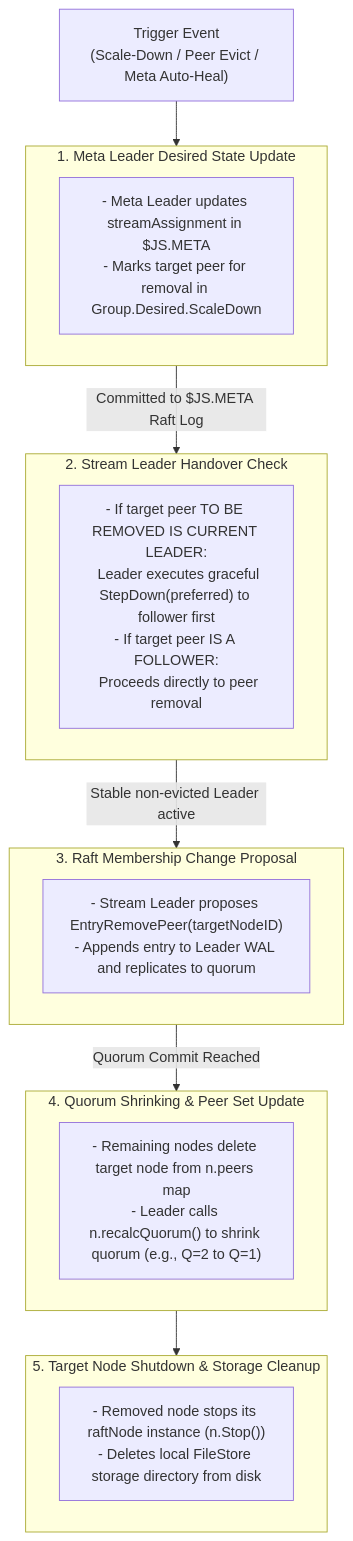
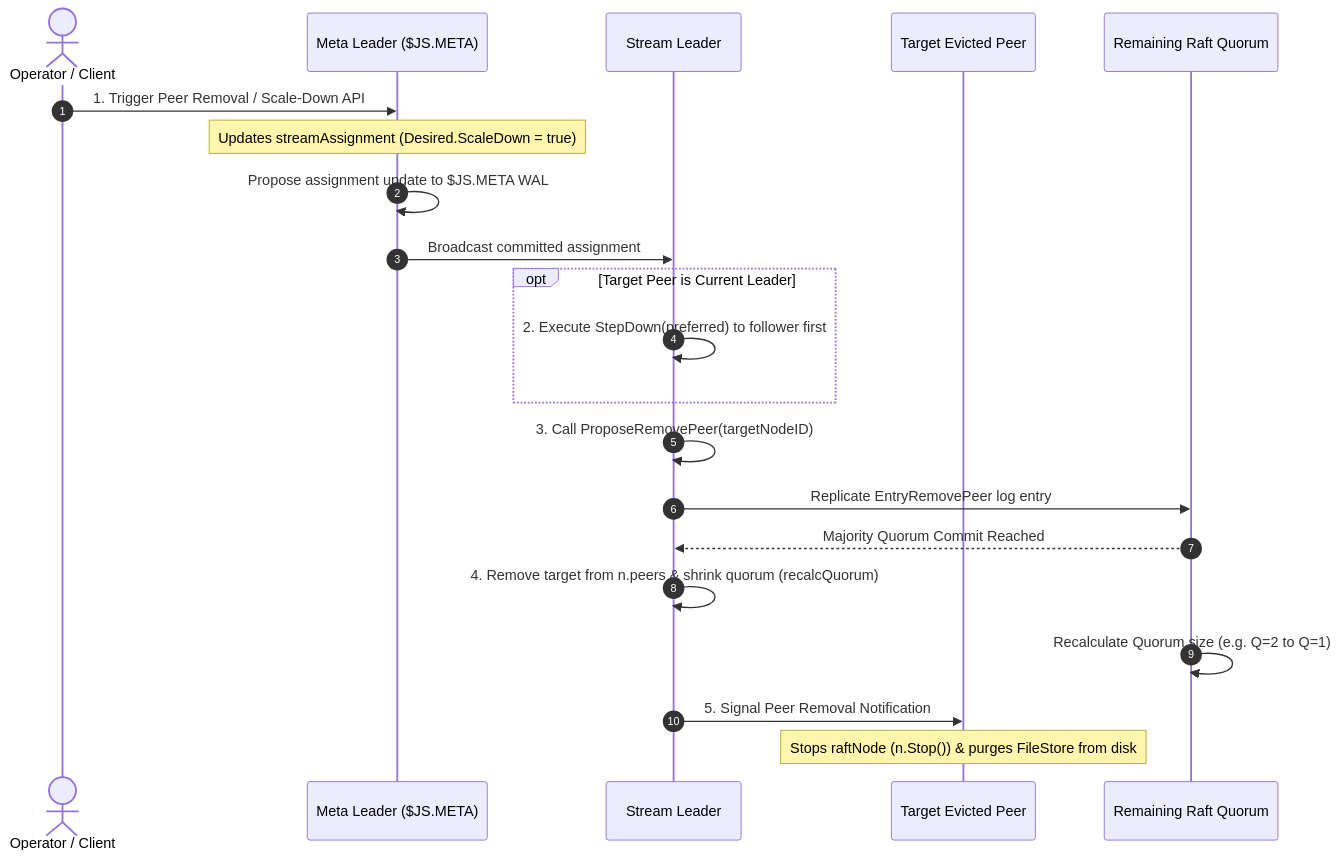
The diagram in supporting_documentation/streams/lifecycle/cluster-operations/remove-node.md (hemanthkumar2k19/nats-eval), drawn with Mermaid before and after one commit. The commit also changed other lines of this file and 7 other files, not shown here.

Commit message:
docs: replace cluster operation flowcharts with sequence diagrams in stream lifecycle guides

````diff
--- a/supporting_documentation/streams/lifecycle/cluster-operations/remove-node.md
+++ b/supporting_documentation/streams/lifecycle/cluster-operations/remove-node.md
@@ -36,32 +23,24 @@
 ```mermaid
-flowchart TD
-    Trigger["Trigger Event\n(Scale-Down / Peer Evict / Meta Auto-Heal)"] --> Step1
+sequenceDiagram
+    autonumber
+    actor Op as Operator / Client
+    participant Meta as Meta Leader ($JS.META)
+    participant Leader as Stream Leader
+    participant Target as Target Evicted Peer
+    participant Quorum as Remaining Raft Quorum
 
-    subgraph Step1["1. Meta Leader Desired State Update"]
-        S1["- Meta Leader updates streamAssignment in $JS.META\n- Marks target peer for removal in Group.Desired.ScaleDown"]
+    Op->>Meta: 1. Trigger Peer Removal / Scale-Down API
+    Note over Meta: Updates streamAssignment (Desired.ScaleDown = true)
+    Meta->>Meta: Propose assignment update to $JS.META WAL
+    Meta->>Leader: Broadcast committed assignment
+    opt Target Peer is Current Leader
+        Leader->>Leader: 2. Execute StepDown(preferred) to follower first
     end
-
-    Step1 -- "Committed to $JS.META Raft Log" --> Step2
-
-    subgraph Step2["2. Stream Leader Handover Check"]
-        S2["- If target peer TO BE REMOVED IS CURRENT LEADER:\n  Leader executes graceful StepDown(preferred) to follower first\n- If target peer IS A FOLLOWER:\n  Proceeds directly to peer removal"]
-    end
-
-    Step2 -- "Stable non-evicted Leader active" --> Step3
-
-    subgraph Step3["3. Raft Membership Change Proposal"]
-        S3["- Stream Leader proposes EntryRemovePeer(targetNodeID)\n- Appends entry to Leader WAL and replicates to quorum"]
-    end
-
-    Step3 -- "Quorum Commit Reached" --> Step4
-
-    subgraph Step4["4. Quorum Shrinking & Peer Set Update"]
-        S4["- Remaining nodes delete target node from n.peers map\n- Leader calls n.recalcQuorum() to shrink quorum (e.g., Q=2 to Q=1)"]
-    end
-
-    Step4 --> Step5
-
-    subgraph Step5["5. Target Node Shutdown & Storage Cleanup"]
-        S5["- Removed node stops its raftNode instance (n.Stop())\n- Deletes local FileStore storage directory from disk"]
-    end
+    Leader->>Leader: 3. Call ProposeRemovePeer(targetNodeID)
+    Leader->>Quorum: Replicate EntryRemovePeer log entry
+    Quorum-->>Leader: Majority Quorum Commit Reached
+    Leader->>Leader: 4. Remove target from n.peers & shrink quorum (recalcQuorum)
+    Quorum->>Quorum: Recalculate Quorum size (e.g. Q=2 to Q=1)
+    Leader->>Target: 5. Signal Peer Removal Notification
+    Note over Target: Stops raftNode (n.Stop()) & purges FileStore from disk
 ```
````
